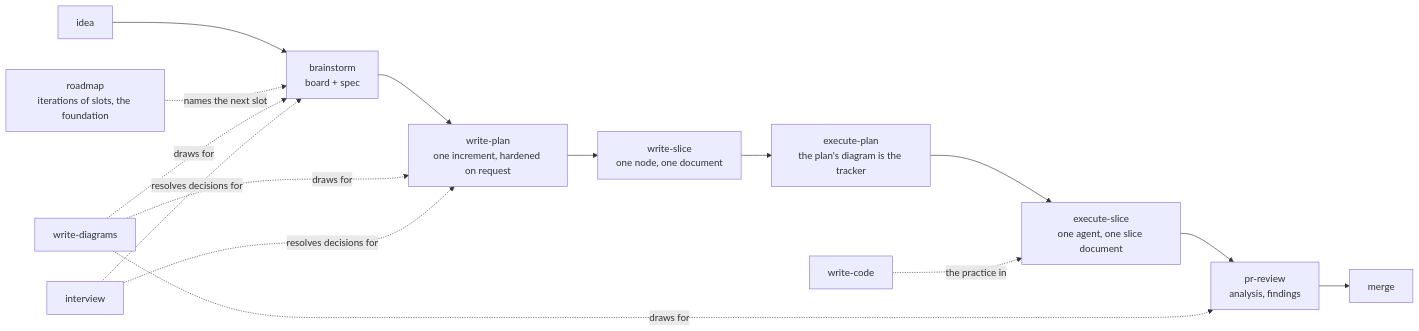
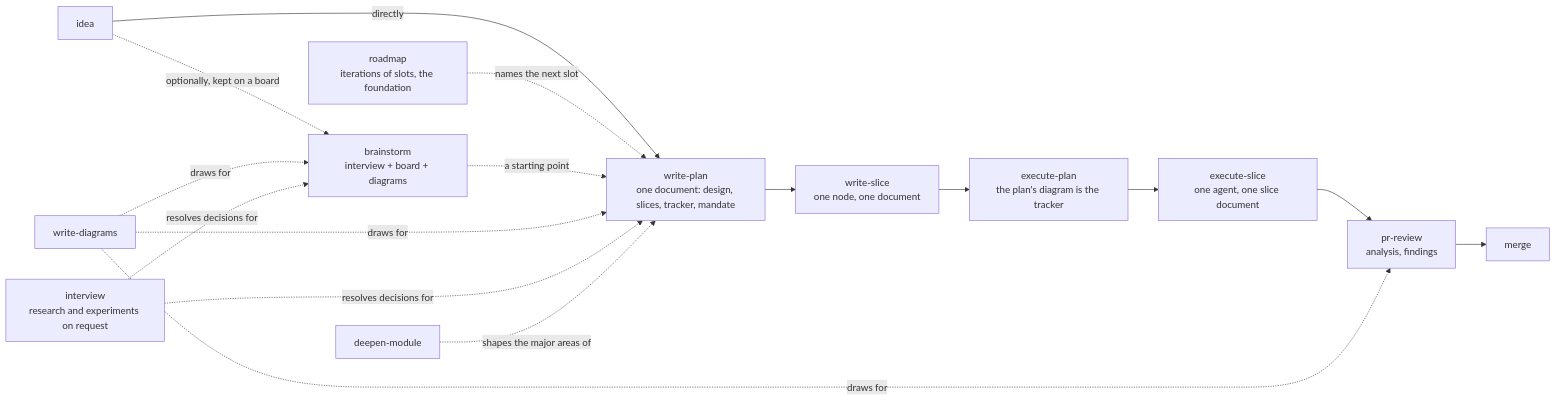
One commit to Ovich/charrette changed the diagram in README.md. Above: the diagram before and after it, drawn with Mermaid. The commit also changed other lines of this file and 187 other files, not shown here.

````diff
--- a/README.md
+++ b/README.md
@@ -16,14 +16,15 @@
 ```mermaid
 flowchart LR
-  I["idea"] --> B["brainstorm<br/>board + spec"]
-  RM["roadmap<br/>iterations of slots, the foundation"] -.->|names the next slot| B
-  B --> P["write-plan<br/>one increment, hardened on request"]
+  I["idea"] -.->|optionally, kept on a board| B["brainstorm<br/>interview + board + diagrams"]
+  I -->|directly| P
+  RM["roadmap<br/>iterations of slots, the foundation"] -.->|names the next slot| P
+  B -.->|a starting point| P["write-plan<br/>one document: design, slices, tracker, mandate"]
   P --> WS["write-slice<br/>one node, one document"]
   WS --> E["execute-plan<br/>the plan's diagram is the tracker"]
   E --> S["execute-slice<br/>one agent, one slice document"]
   S --> R["pr-review<br/>analysis, findings"]
-  W["write-code"] -.->|the practice in| S
   R --> M["merge"]
   D["write-diagrams"] -.->|draws for| B & P & R
-  Q["interview"] -.->|resolves decisions for| B & P
+  Q["interview<br/>research and experiments on request"] -.->|resolves decisions for| B & P
+  DM["deepen-module"] -.->|shapes the major areas of| P
 ```
````
